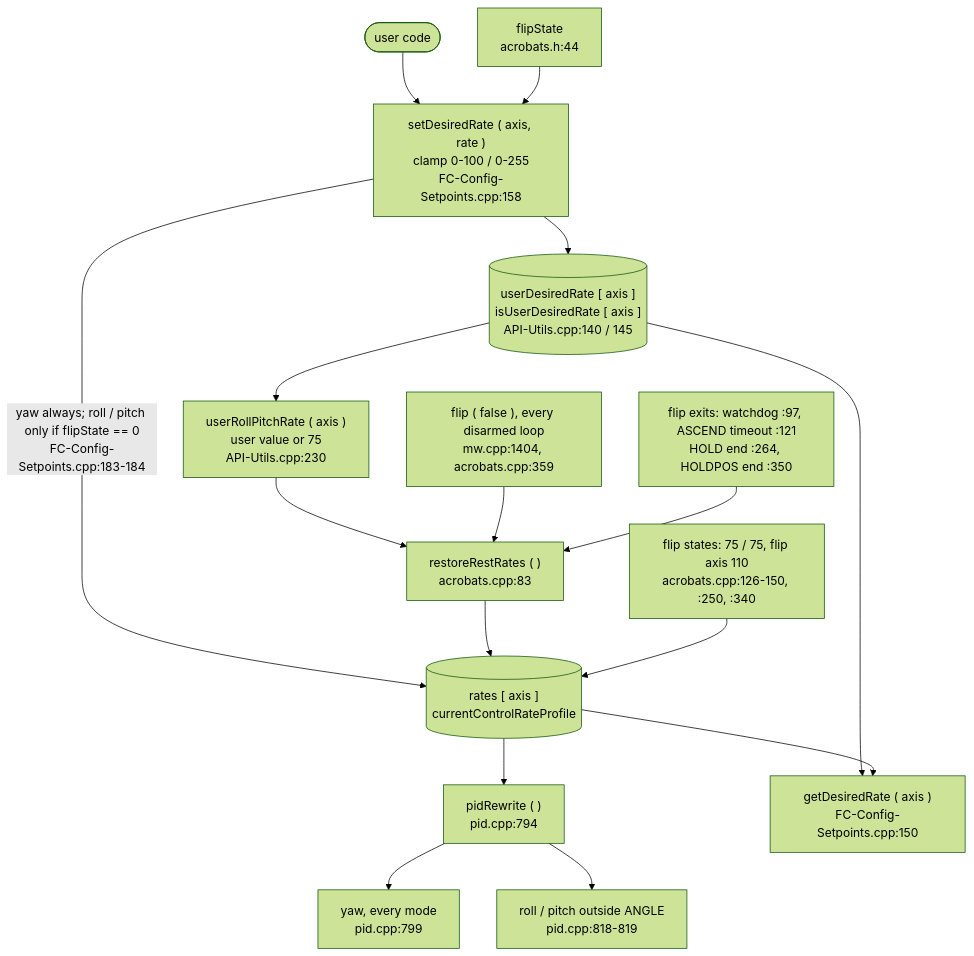
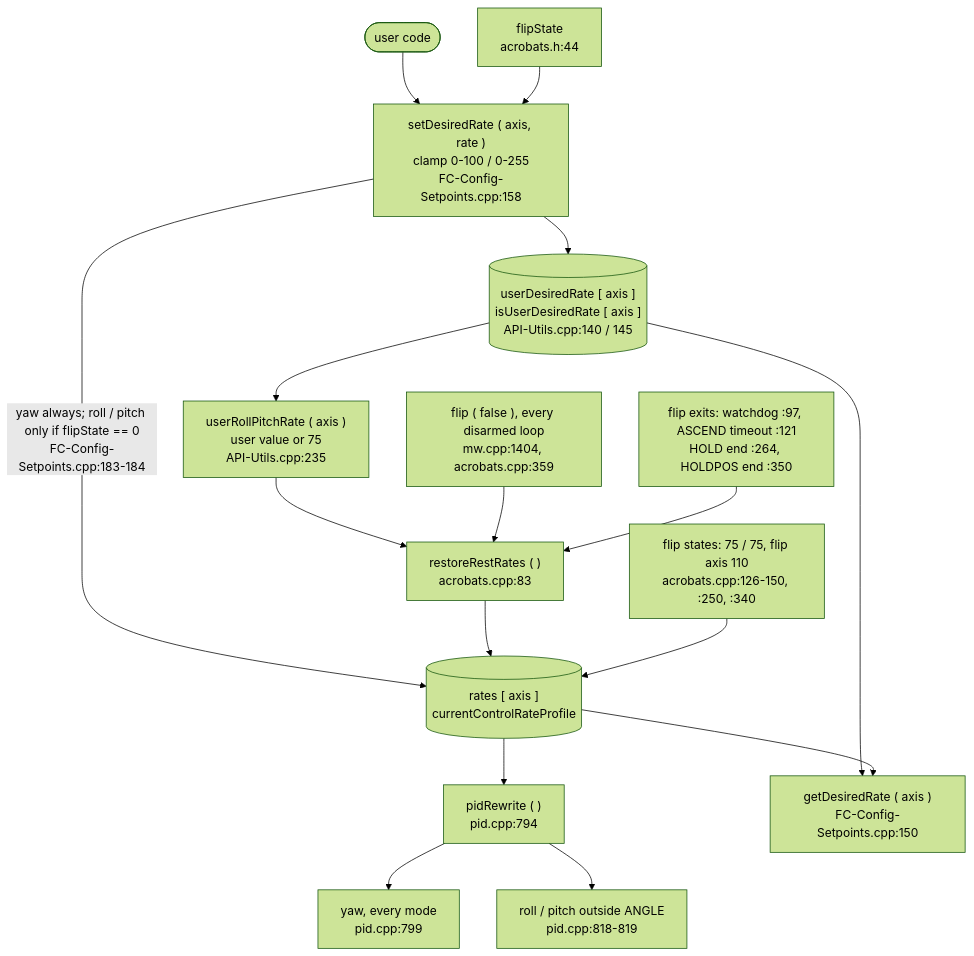
Before and after one commit to DronaAviation/MagisV2: the fourth of 5 diagrams in docs/fw-development-reference/fw-architecture-pipeline/subsystems/User_Space_API.md, drawn with Mermaid (forest theme). The commit also changed other lines of this file and 9 other files, not shown here.

````diff
--- a/docs/fw-development-reference/fw-architecture-pipeline/subsystems/User_Space_API.md
+++ b/docs/fw-development-reference/fw-architecture-pipeline/subsystems/User_Space_API.md
@@ -313,18 +315,18 @@
 ```mermaid
 flowchart TD
     UC([user code]) --> SR["setDesiredRate ( axis, rate )<br/>clamp 0-100 / 0-255<br/>FC-Config-Setpoints.cpp:158"]
     FST["flipState<br/>acrobats.h:44"] --> SR
     SR --> UR[("userDesiredRate [ axis ]<br/>isUserDesiredRate [ axis ]<br/>API-Utils.cpp:140 / 145")]
     SR -->|"yaw always; roll / pitch only if flipState == 0<br/>FC-Config-Setpoints.cpp:183-184"| RT[("rates [ axis ]<br/>currentControlRateProfile")]
-    UR --> URP["userRollPitchRate ( axis )<br/>user value or 75<br/>API-Utils.cpp:230"]
+    UR --> URP["userRollPitchRate ( axis )<br/>user value or 75<br/>API-Utils.cpp:235"]
     URP --> RR["restoreRestRates ( )<br/>acrobats.cpp:83"]
     FF["flip ( false ), every disarmed loop<br/>mw.cpp:1404, acrobats.cpp:359"] --> RR
     FX["flip exits: watchdog :97, ASCEND timeout :121<br/>HOLD end :264, HOLDPOS end :350"] --> RR
     RR --> RT
     FS["flip states: 75 / 75, flip axis 110<br/>acrobats.cpp:126-150, :250, :340"] --> RT
     RT --> PR["pidRewrite ( )<br/>pid.cpp:794"]
     PR --> YW["yaw, every mode<br/>pid.cpp:799"]
     PR --> RP["roll / pitch outside ANGLE<br/>pid.cpp:818-819"]
     UR --> GR["getDesiredRate ( axis )<br/>FC-Config-Setpoints.cpp:150"]
     RT --> GR
 ```
````
